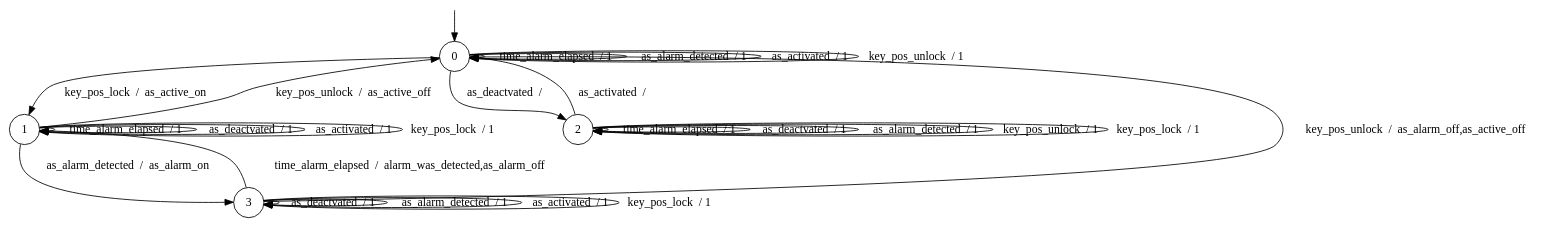
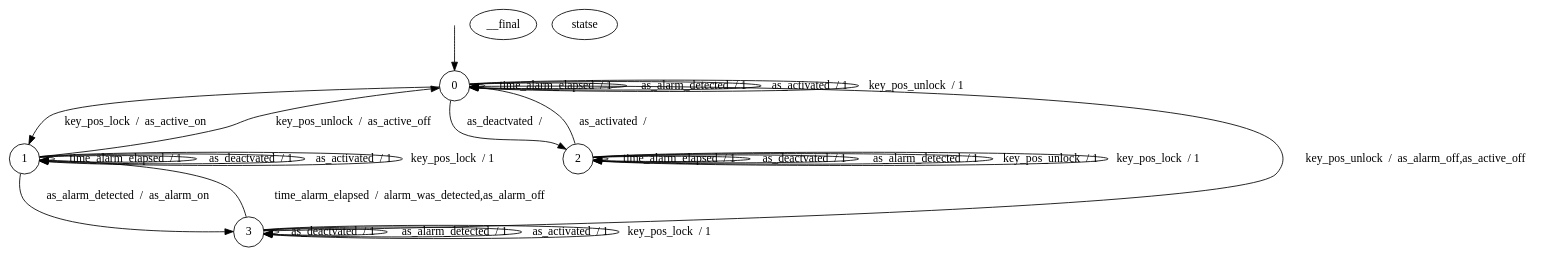
One commit to AryanBastani/CL-Star changed the diagram in Benchmarks/BCS_SPL/Complete_FSM_files/4_21_BCS_AS.dot. Above: the diagram before and after it, drawn with Graphviz. The commit also changed 227 other files, not shown here.

```diff
--- a/Benchmarks/BCS_SPL/Complete_FSM_files/4_21_BCS_AS.dot
+++ b/Benchmarks/BCS_SPL/Complete_FSM_files/4_21_BCS_AS.dot
@@ -1,35 +1,38 @@
 digraph g {
 
 	s0 [shape="circle" label="0"];
 	s1 [shape="circle" label="1"];
 	s2 [shape="circle" label="2"];
 	s3 [shape="circle" label="3"];
 	s0 -> s0 [label="time_alarm_elapsed  / 1"];
 	s0 -> s2 [label="as_deactvated  /  "];
 	s0 -> s0 [label="as_alarm_detected  / 1"];
 	s0 -> s0 [label="as_activated  / 1"];
 	s0 -> s0 [label="key_pos_unlock  / 1"];
 	s0 -> s1 [label="key_pos_lock  /  as_active_on"];
 	s1 -> s1 [label="time_alarm_elapsed  / 1"];
 	s1 -> s1 [label="as_deactvated  / 1"];
 	s1 -> s3 [label="as_alarm_detected  /  as_alarm_on"];
 	s1 -> s1 [label="as_activated  / 1"];
 	s1 -> s0 [label="key_pos_unlock  /  as_active_off"];
 	s1 -> s1 [label="key_pos_lock  / 1"];
 	s2 -> s2 [label="time_alarm_elapsed  / 1"];
 	s2 -> s2 [label="as_deactvated  / 1"];
 	s2 -> s2 [label="as_alarm_detected  / 1"];
 	s2 -> s0 [label="as_activated  /  "];
 	s2 -> s2 [label="key_pos_unlock  / 1"];
 	s2 -> s2 [label="key_pos_lock  / 1"];
 	s3 -> s1 [label="time_alarm_elapsed  /  alarm_was_detected,as_alarm_off"];
 	s3 -> s3 [label="as_deactvated  / 1"];
 	s3 -> s3 [label="as_alarm_detected  / 1"];
 	s3 -> s3 [label="as_activated  / 1"];
 	s3 -> s0 [label="key_pos_unlock  /  as_alarm_off,as_active_off"];
 	s3 -> s3 [label="key_pos_lock  / 1"];
 
 __start0 [label="" shape="none" width="0" height="0"];
 __start0 -> s0;
-
+__final statse{
+    s1
+    s3
 }
+}
```
